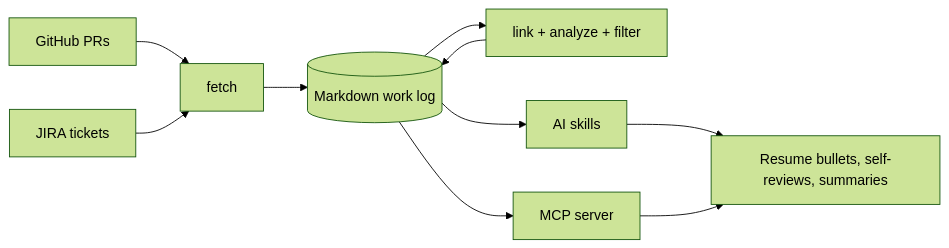
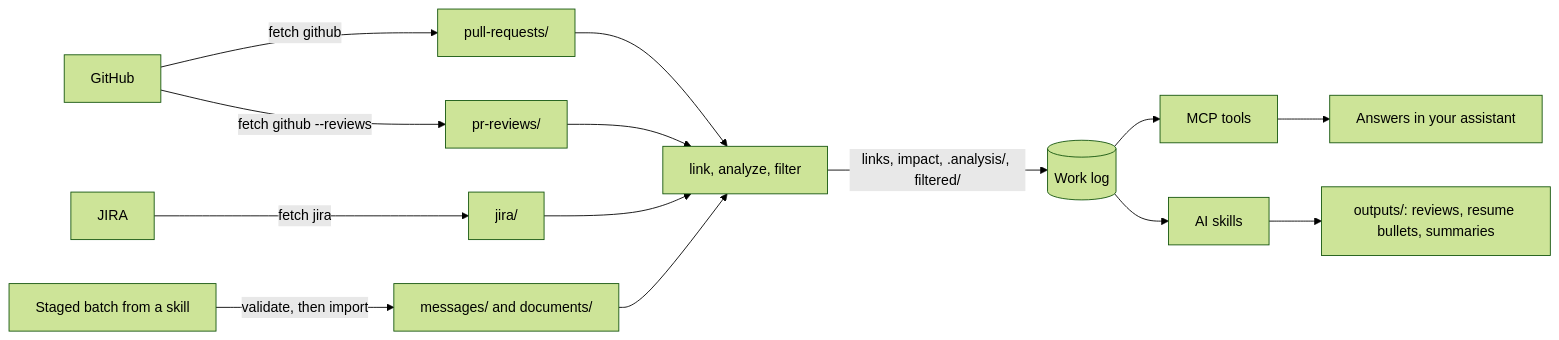
The second of 2 diagrams in documentation/docs/index.md (tkstang/work-chronicler), drawn with Mermaid (forest theme) before and after one commit. The commit also changed other lines of this file and 5 other files, not shown here.

First line of the commit message:
docs: add architecture, evidence-flow and import diagrams

````diff
--- a/documentation/docs/index.md
+++ b/documentation/docs/index.md
@@ -31,14 +74,18 @@
 ```mermaid
 flowchart LR
-  accTitle: work-chronicler pipeline
-  accDescr: GitHub and JIRA are fetched into a local markdown work log, linked and analyzed, then read by AI skills and the MCP server to produce resume bullets and reviews.
-  GH[GitHub PRs] --> F[fetch]
-  JI[JIRA tickets] --> F
-  F --> WL[(Markdown work log)]
-  WL --> LA[link + analyze + filter]
-  LA --> WL
-  WL --> SK[AI skills]
-  WL --> MCP[MCP server]
-  SK --> OUT[Resume bullets, self-reviews, summaries]
-  MCP --> OUT
+  accTitle: How evidence flows
+  accDescr: fetch github and fetch jira write PRs, PR reviews and tickets; import stores a skill's staged Slack and Google Docs records. link, analyze and filter enrich the work log. The MCP tools and the AI skills read it, and the skills write drafts to outputs.
+  GH["GitHub"] -->|"fetch github"| PR["pull-requests/"]
+  GH -->|"fetch github --reviews"| RV["pr-reviews/"]
+  JI["JIRA"] -->|"fetch jira"| TK["jira/"]
+  ST["Staged batch from a skill"] -->|"validate, then import"| IM["messages/ and documents/"]
+  PR --> EN["link, analyze, filter"]
+  TK --> EN
+  RV --> EN
+  IM --> EN
+  EN -->|"links, impact, .analysis/, filtered/"| WL[("Work log")]
+  WL --> MCP["MCP tools"]
+  WL --> SK["AI skills"]
+  MCP --> ANS["Answers in your assistant"]
+  SK --> OUT["outputs/: reviews, resume bullets, summaries"]
 ```
````
